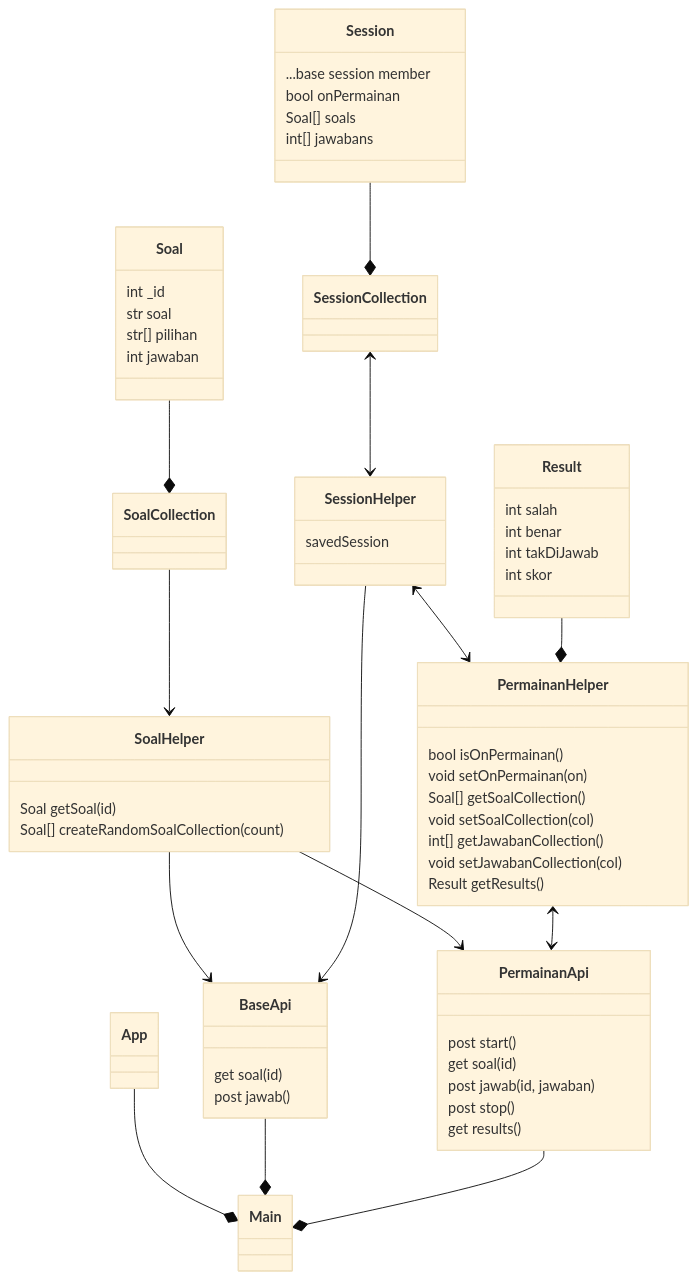
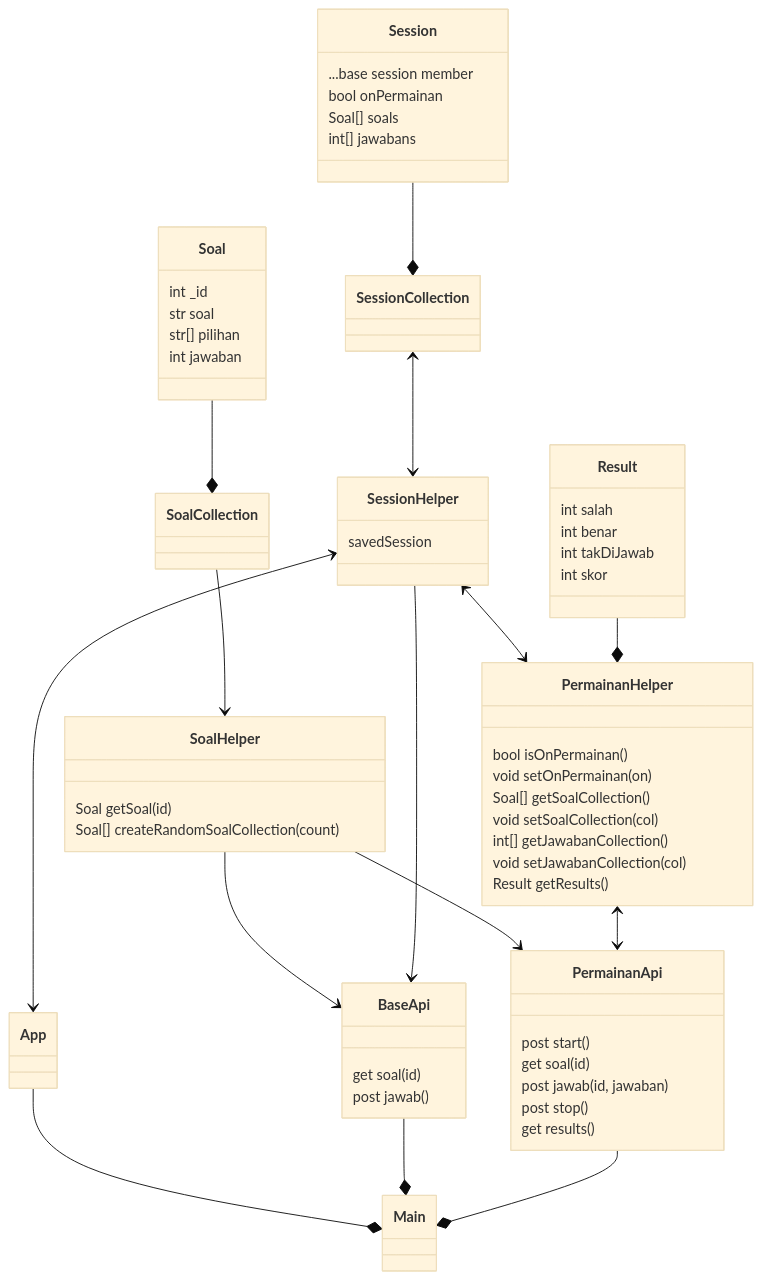
The diagram in architecture.md (levirs565/quizx), drawn with Mermaid (base theme) before and after one commit.

Commit message:
mengupdate arsitektur

````diff
--- a/architecture.md
+++ b/architecture.md
@@ -1,45 +1,46 @@
 ```mermaid
 classDiagram
 Soal --* Soal Collection
 Soal : int _id
 Soal : str soal
 Soal : str[] pilihan
 Soal : int jawaban
 Session --* Session Collection
 Session : ...base session member
 Session : bool onPermainan
 Session : Soal[] soals
 Session : int[] jawabans
 Session Collection <--> Session Helper
 Soal Collection --> Soal Helper
 Soal Helper --> Permainan Api
 Soal Helper : Soal getSoal(id)
 Soal Helper : Soal[] createRandomSoalCollection(count)
 Session Helper <--> Permainan Helper
 Session Helper : savedSession 
+Session Helper <--> App
 Result --* Permainan Helper
 Result : int salah
 Result : int benar
 Result : int takDiJawab
 Result : int skor
 Permainan Helper <--> Permainan Api
 Permainan Helper : bool isOnPermainan()
 Permainan Helper : void setOnPermainan(on)
 Permainan Helper : Soal[] getSoalCollection()
 Permainan Helper : void setSoalCollection(col)
 Permainan Helper : int[] getJawabanCollection()
 Permainan Helper : void setJawabanCollection(col)
 Permainan Helper : Result getResults()
 Permainan Api : post start()
 Permainan Api : get soal(id)
 Permainan Api : post jawab(id, jawaban)
 Permainan Api : post stop()
 Permainan Api : get results()
 Soal Helper --> Base Api
 Session Helper --> Base Api
 Base Api : get soal(id)
 Base Api : post jawab()
 App --* Main
 Base Api --* Main
 Permainan Api --* Main
 ```
````
